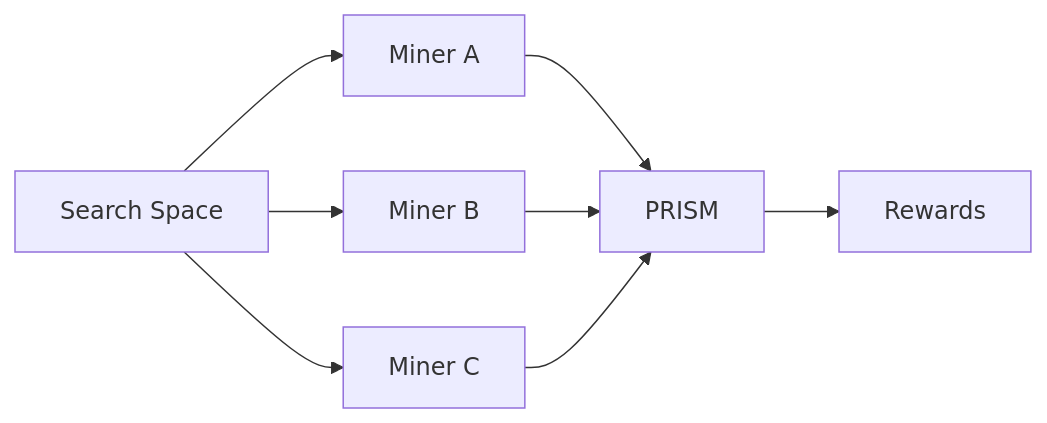
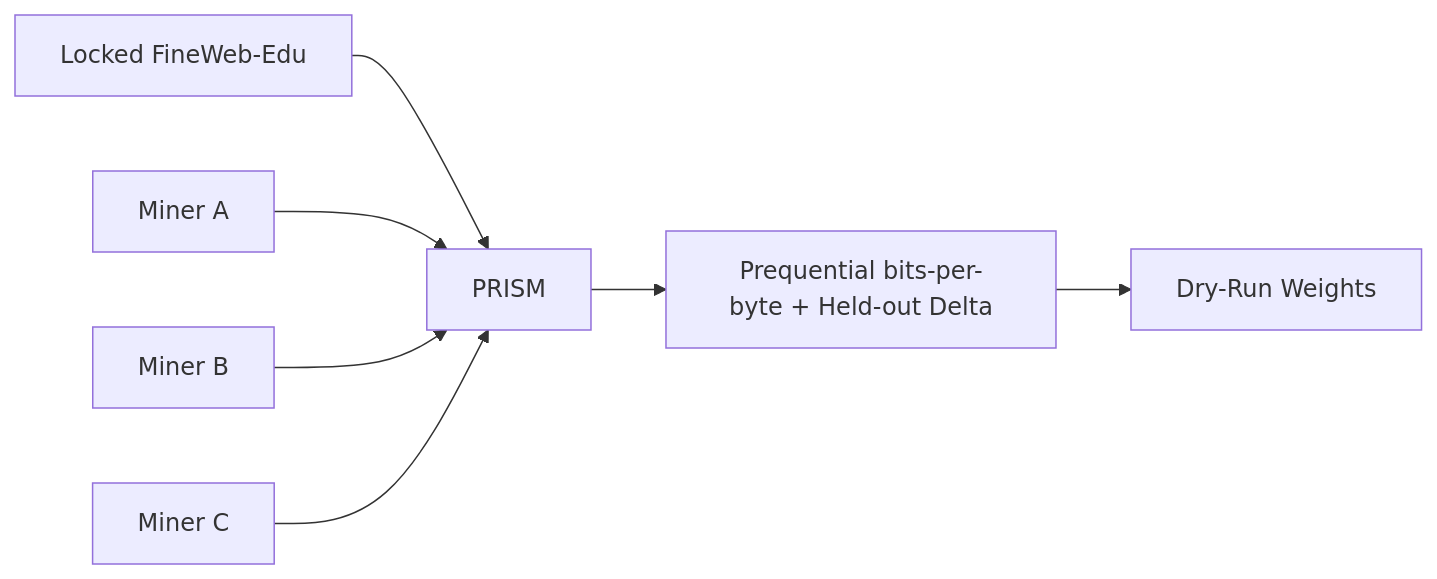
The diagram in docs/overview.md (PlatformNetwork/prism), drawn with Mermaid before and after one commit. The commit also changed other lines of this file and 24 other files, not shown here.

````diff
--- a/docs/overview.md
+++ b/docs/overview.md
@@ -27,10 +30,9 @@
 ```mermaid
 flowchart LR
-    A[Search Space] --> M1[Miner A]
-    A --> M2[Miner B]
-    A --> M3[Miner C]
-    M1 --> P[PRISM]
-    M2 --> P
-    M3 --> P
-    P --> R[Rewards]
+    A[Locked FineWeb-Edu] --> P[PRISM]
+    M1[Miner A] --> P
+    M2[Miner B] --> P
+    M3[Miner C] --> P
+    P --> R[Prequential bits-per-byte + Held-out Delta]
+    R --> W[Dry-Run Weights]
 ```
````
